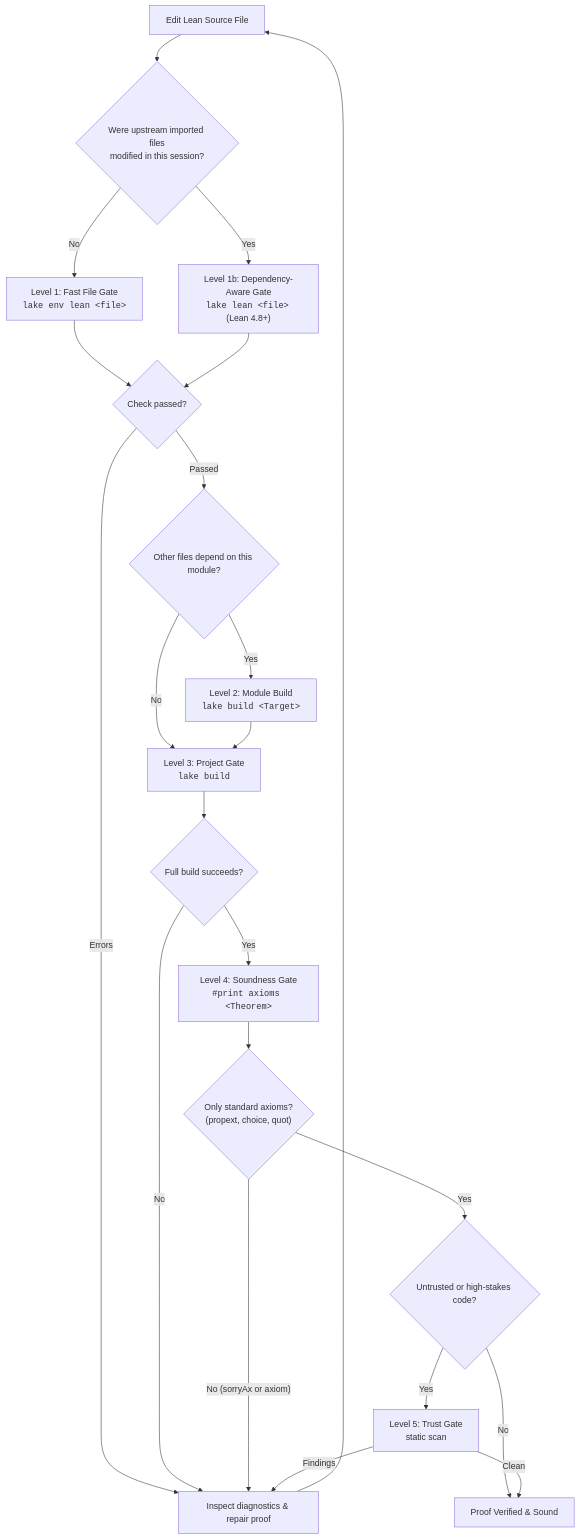
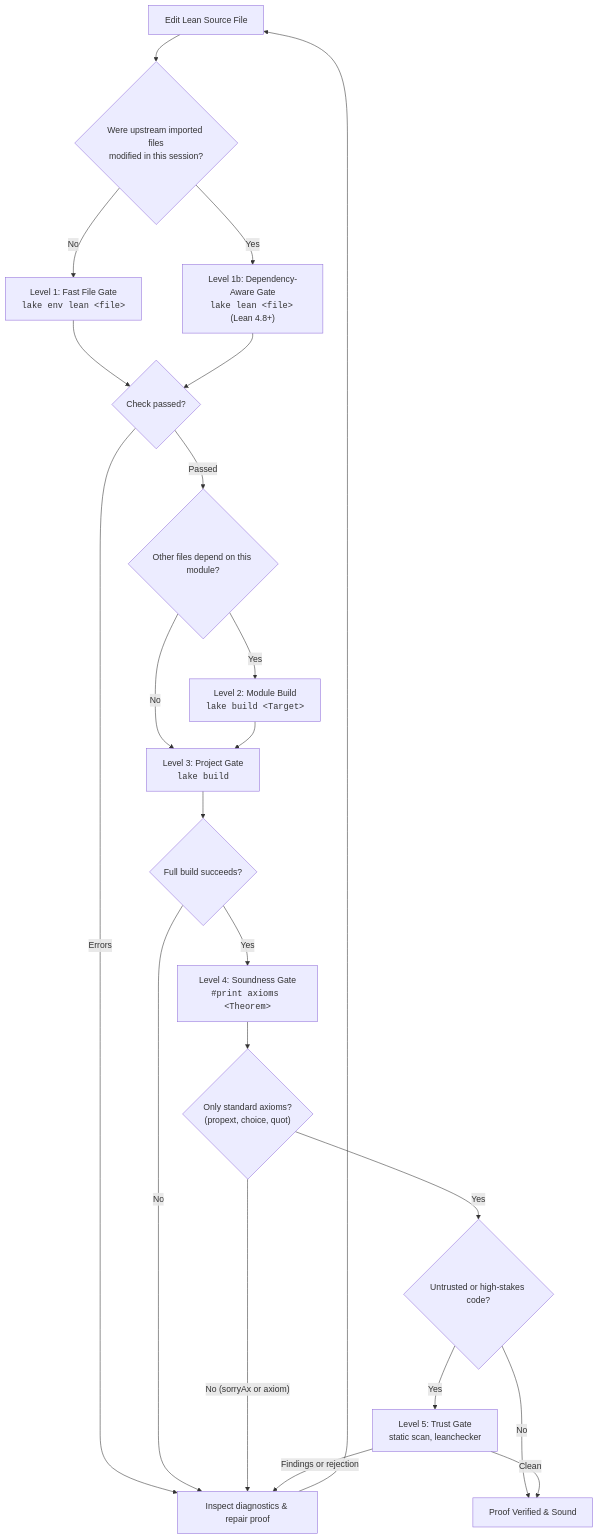
One commit to MI-1222/lean4-skills changed the diagram in skills/lean4-cli/SKILL.md. Above: the diagram before and after it, drawn with Mermaid. The commit also changed other lines of this file and 1 other file, not shown here.

Commit message:
feat(cli): `leanchecker`によるカーネルでの再検査

````diff
--- a/skills/lean4-cli/SKILL.md
+++ b/skills/lean4-cli/SKILL.md
@@ -117,24 +118,24 @@
 ```mermaid
 graph TD
     A["Edit Lean Source File"] --> B{"Were upstream imported files<br/>modified in this session?"}
     B -- "No" --> C["Level 1: Fast File Gate<br/><code>lake env lean &lt;file&gt;</code>"]
     B -- "Yes" --> D["Level 1b: Dependency-Aware Gate<br/><code>lake lean &lt;file&gt;</code> (Lean 4.8+)"]
     C --> E{"Check passed?"}
     D --> E
     E -- "Errors" --> F["Inspect diagnostics & repair proof"]
     F --> A
     E -- "Passed" --> G{"Other files depend on this module?"}
     G -- "Yes" --> H["Level 2: Module Build<br/><code>lake build &lt;Target&gt;</code>"]
     G -- "No" --> I["Level 3: Project Gate<br/><code>lake build</code>"]
     H --> I
     I --> J{"Full build succeeds?"}
     J -- "No" --> F
     J -- "Yes" --> K["Level 4: Soundness Gate<br/><code>#print axioms &lt;Theorem&gt;</code>"]
     K --> L{"Only standard axioms?<br/>(propext, choice, quot)"}
     L -- "No (sorryAx or axiom)" --> F
     L -- "Yes" --> N{"Untrusted or high-stakes code?"}
     N -- "No" --> M["Proof Verified & Sound"]
-    N -- "Yes" --> O["Level 5: Trust Gate<br/>static scan"]
-    O -- "Findings" --> F
+    N -- "Yes" --> O["Level 5: Trust Gate<br/>static scan, leanchecker"]
+    O -- "Findings or rejection" --> F
     O -- "Clean" --> M
 ```
````
